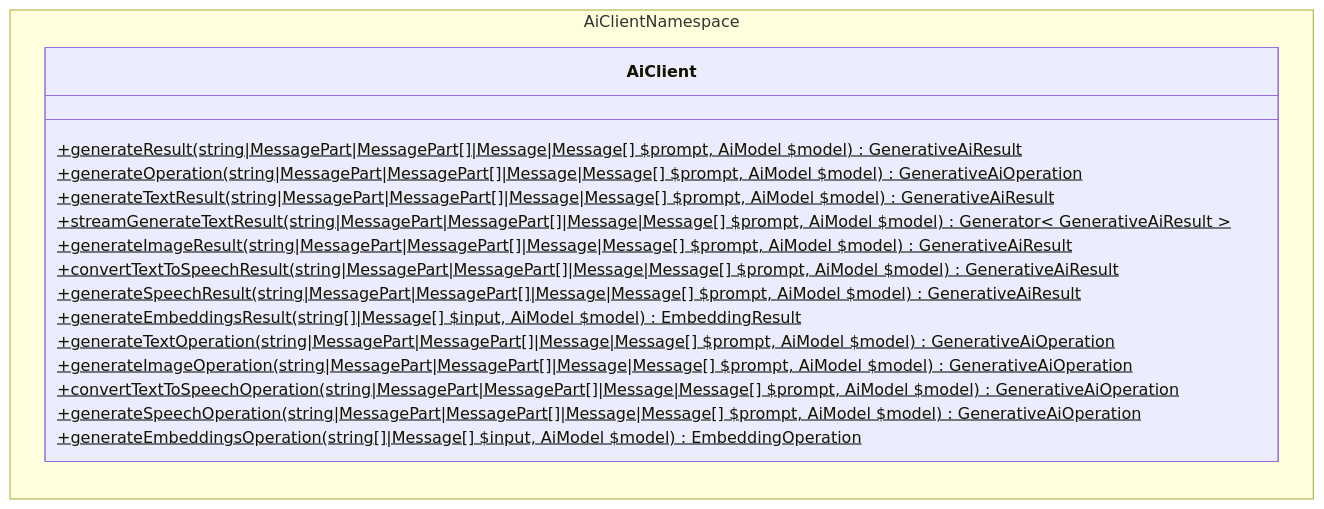
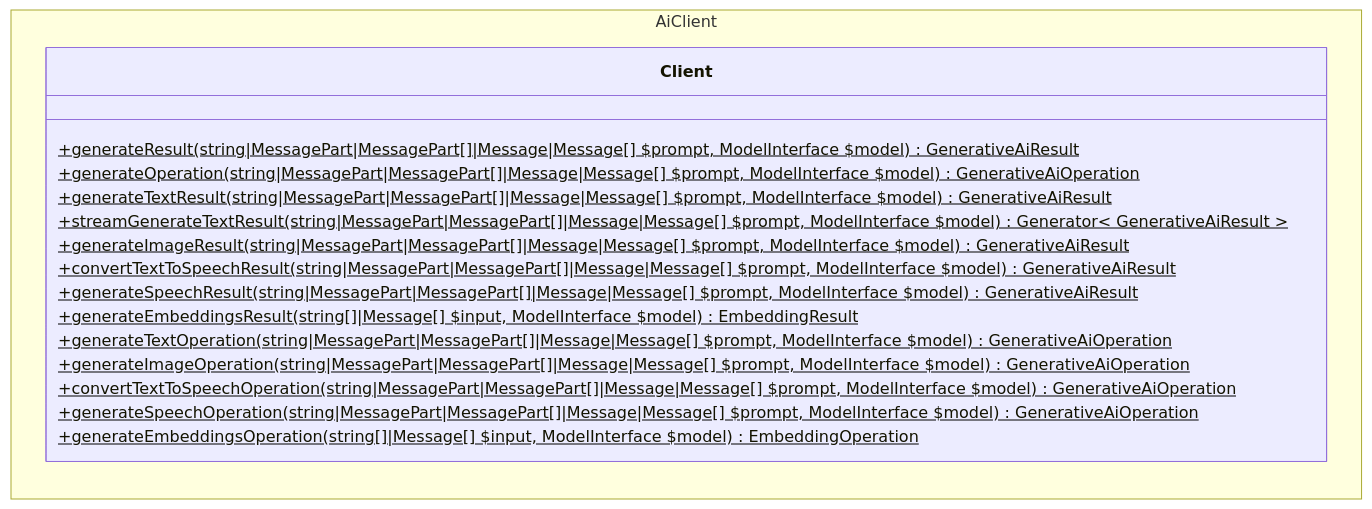
The second of 5 diagrams in docs/ARCHITECTURE.md (WordPress/php-ai-client), drawn with Mermaid before and after one commit. The commit also changed other lines of this file, not shown here.

````diff
--- a/docs/ARCHITECTURE.md
+++ b/docs/ARCHITECTURE.md
@@ -373,26 +375,26 @@
 ```mermaid
 ---
 config:
   class:
     hideEmptyMembersBox: true
 ---
 classDiagram
 direction LR
-    namespace AiClientNamespace {
-        class AiClient {
-            +generateResult(string|MessagePart|MessagePart[]|Message|Message[] $prompt, AiModel $model) GenerativeAiResult$
-            +generateOperation(string|MessagePart|MessagePart[]|Message|Message[] $prompt, AiModel $model) GenerativeAiOperation$
-            +generateTextResult(string|MessagePart|MessagePart[]|Message|Message[] $prompt, AiModel $model) GenerativeAiResult$
-            +streamGenerateTextResult(string|MessagePart|MessagePart[]|Message|Message[] $prompt, AiModel $model) Generator< GenerativeAiResult >$
-            +generateImageResult(string|MessagePart|MessagePart[]|Message|Message[] $prompt, AiModel $model) GenerativeAiResult$
-            +convertTextToSpeechResult(string|MessagePart|MessagePart[]|Message|Message[] $prompt, AiModel $model) GenerativeAiResult$
-            +generateSpeechResult(string|MessagePart|MessagePart[]|Message|Message[] $prompt, AiModel $model) GenerativeAiResult$
-            +generateEmbeddingsResult(string[]|Message[] $input, AiModel $model) EmbeddingResult$
-            +generateTextOperation(string|MessagePart|MessagePart[]|Message|Message[] $prompt, AiModel $model) GenerativeAiOperation$
-            +generateImageOperation(string|MessagePart|MessagePart[]|Message|Message[] $prompt, AiModel $model) GenerativeAiOperation$
-            +convertTextToSpeechOperation(string|MessagePart|MessagePart[]|Message|Message[] $prompt, AiModel $model) GenerativeAiOperation$
-            +generateSpeechOperation(string|MessagePart|MessagePart[]|Message|Message[] $prompt, AiModel $model) GenerativeAiOperation$
-            +generateEmbeddingsOperation(string[]|Message[] $input, AiModel $model) EmbeddingOperation$
+    namespace AiClient {
+        class Client {
+            +generateResult(string|MessagePart|MessagePart[]|Message|Message[] $prompt, ModelInterface $model) GenerativeAiResult$
+            +generateOperation(string|MessagePart|MessagePart[]|Message|Message[] $prompt, ModelInterface $model) GenerativeAiOperation$
+            +generateTextResult(string|MessagePart|MessagePart[]|Message|Message[] $prompt, ModelInterface $model) GenerativeAiResult$
+            +streamGenerateTextResult(string|MessagePart|MessagePart[]|Message|Message[] $prompt, ModelInterface $model) Generator< GenerativeAiResult >$
+            +generateImageResult(string|MessagePart|MessagePart[]|Message|Message[] $prompt, ModelInterface $model) GenerativeAiResult$
+            +convertTextToSpeechResult(string|MessagePart|MessagePart[]|Message|Message[] $prompt, ModelInterface $model) GenerativeAiResult$
+            +generateSpeechResult(string|MessagePart|MessagePart[]|Message|Message[] $prompt, ModelInterface $model) GenerativeAiResult$
+            +generateEmbeddingsResult(string[]|Message[] $input, ModelInterface $model) EmbeddingResult$
+            +generateTextOperation(string|MessagePart|MessagePart[]|Message|Message[] $prompt, ModelInterface $model) GenerativeAiOperation$
+            +generateImageOperation(string|MessagePart|MessagePart[]|Message|Message[] $prompt, ModelInterface $model) GenerativeAiOperation$
+            +convertTextToSpeechOperation(string|MessagePart|MessagePart[]|Message|Message[] $prompt, ModelInterface $model) GenerativeAiOperation$
+            +generateSpeechOperation(string|MessagePart|MessagePart[]|Message|Message[] $prompt, ModelInterface $model) GenerativeAiOperation$
+            +generateEmbeddingsOperation(string[]|Message[] $input, ModelInterface $model) EmbeddingOperation$
         }
     }
 ```
````
